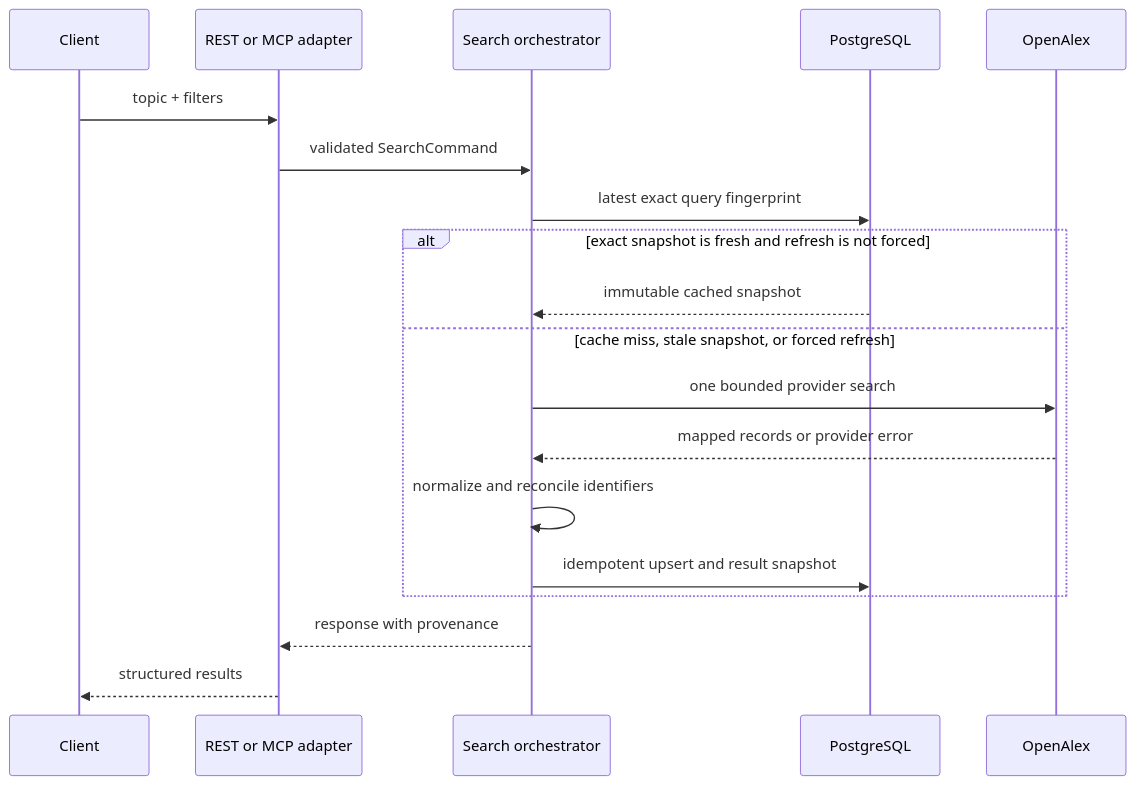
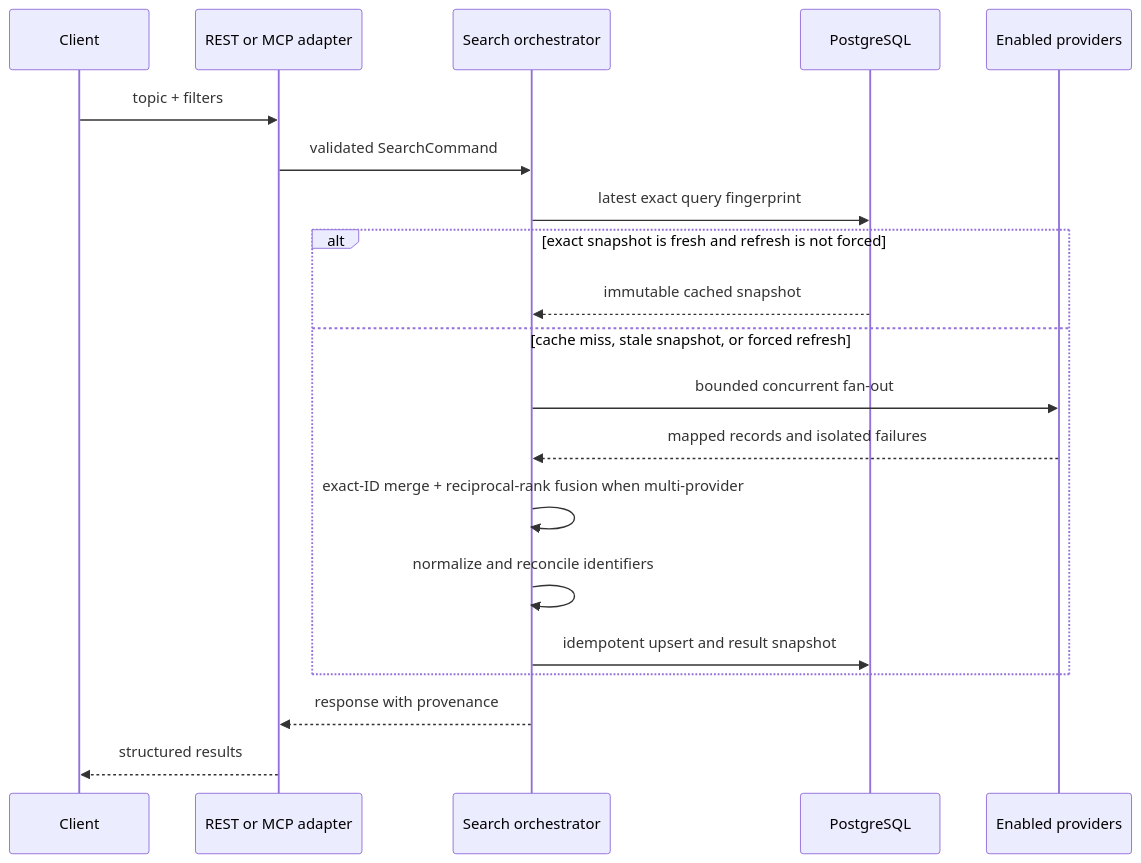
Before and after one commit to peprick/openscholar-mcp: the second of 2 diagrams in docs/ARCHITECTURE.md, drawn with Mermaid. The commit also changed other lines of this file and 187 other files, not shown here.

````diff
--- a/docs/ARCHITECTURE.md
+++ b/docs/ARCHITECTURE.md
@@ -52,22 +58,23 @@
 ```mermaid
 sequenceDiagram
     participant Client
     participant API as REST or MCP adapter
     participant Search as Search orchestrator
     participant DB as PostgreSQL
-    participant OpenAlex
+    participant Providers as Enabled providers
 
     Client->>API: topic + filters
     API->>Search: validated SearchCommand
     Search->>DB: latest exact query fingerprint
     alt exact snapshot is fresh and refresh is not forced
         DB-->>Search: immutable cached snapshot
     else cache miss, stale snapshot, or forced refresh
-        Search->>OpenAlex: one bounded provider search
-        OpenAlex-->>Search: mapped records or provider error
+        Search->>Providers: bounded concurrent fan-out
+        Providers-->>Search: mapped records and isolated failures
+        Search->>Search: exact-ID merge + reciprocal-rank fusion when multi-provider
         Search->>Search: normalize and reconcile identifiers
         Search->>DB: idempotent upsert and result snapshot
     end
     Search-->>API: response with provenance
     API-->>Client: structured results
 ```
````
